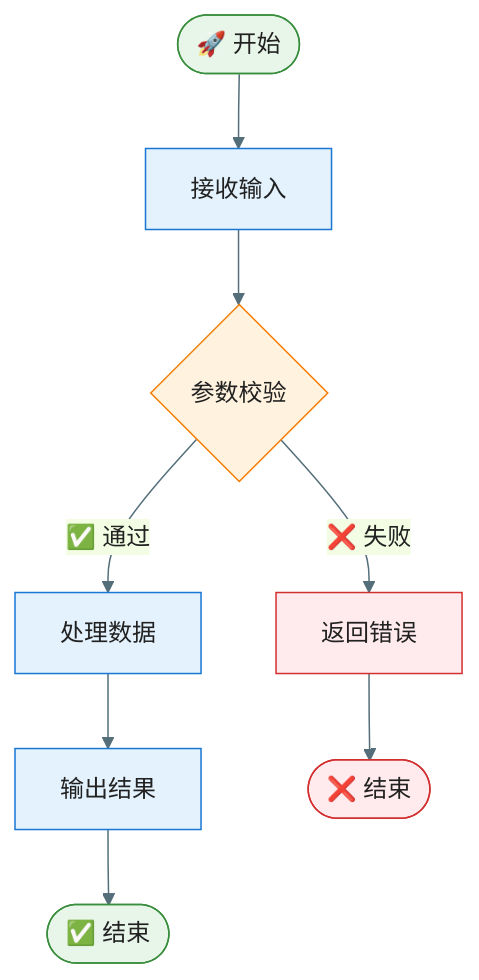
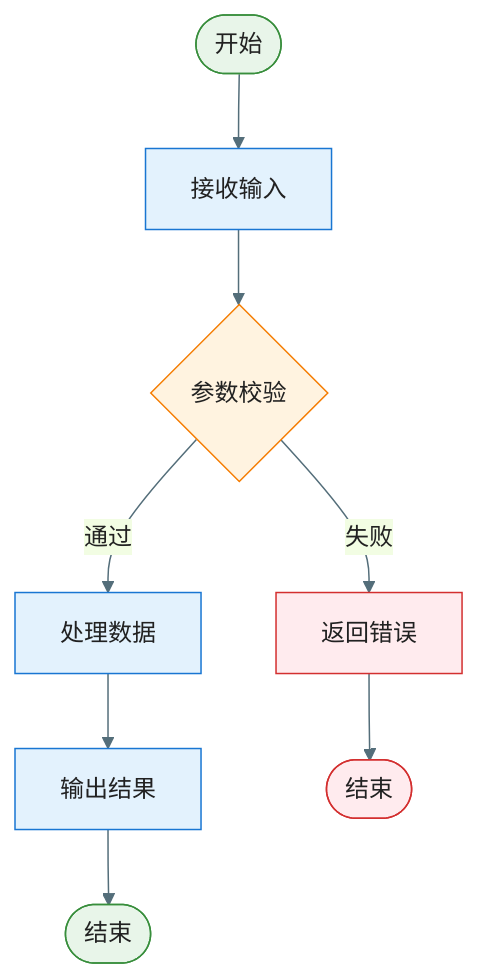
The second of 5 diagrams in .cursor/rules/mermaid-style-guide.mdc (jackykarma/Verity), drawn with Mermaid before and after one commit. The commit also changed other lines of this file, not shown here.

Commit message:
移除mermaid使用emoji

````diff
--- a/.cursor/rules/mermaid-style-guide.mdc
+++ b/.cursor/rules/mermaid-style-guide.mdc
@@ -84,19 +84,19 @@
 ```mermaid
 %%{init: {'theme': 'base', 'themeVariables': { 'primaryColor': '#E3F2FD', 'primaryTextColor': '#212121', 'primaryBorderColor': '#1976D2', 'lineColor': '#546E7A'}}}%%
 flowchart TD
-    Start([🚀 开始]) --> Input[接收输入]
+    Start([开始]) --> Input[接收输入]
     Input --> Validate{参数校验}
     
-    Validate -->|✅ 通过| Process[处理数据]
-    Validate -->|❌ 失败| Error[返回错误]
+    Validate -->|通过| Process[处理数据]
+    Validate -->|失败| Error[返回错误]
     
     Process --> Output[输出结果]
-    Output --> End([✅ 结束])
-    Error --> EndFail([❌ 结束])
+    Output --> End([结束])
+    Error --> EndFail([结束])
 
     style Start fill:#E8F5E9,stroke:#388E3C
     style End fill:#E8F5E9,stroke:#388E3C
     style EndFail fill:#FFEBEE,stroke:#D32F2F
     style Validate fill:#FFF3E0,stroke:#F57C00
     style Error fill:#FFEBEE,stroke:#D32F2F
 ```
````
